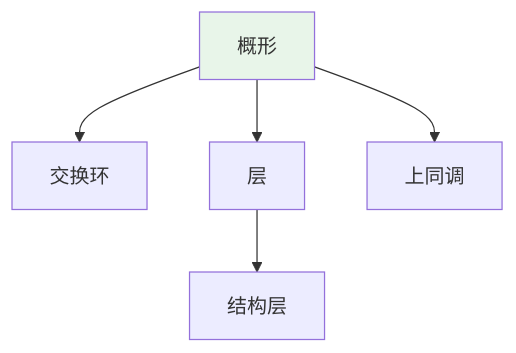
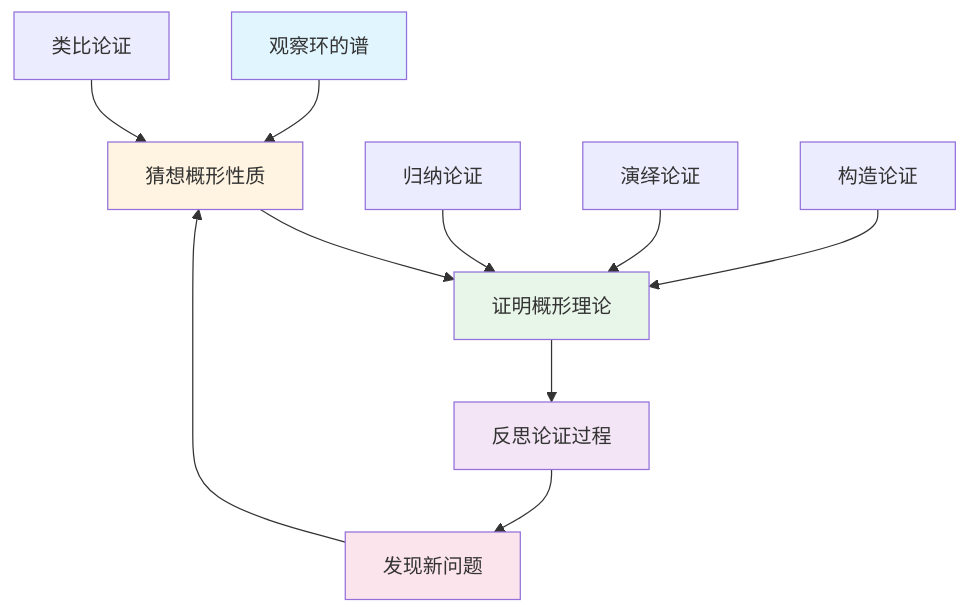
The fifth of 11 diagrams in concept/核心概念/21-概形.md (AdaMartin18010/FormalMath), drawn with Mermaid before and after one commit. The commit also changed other lines of this file and 4793 other files, not shown here.

````diff
--- a/concept/核心概念/21-概形.md
+++ b/concept/核心概念/21-概形.md
@@ -719,9 +1428,19 @@
 ```mermaid
 graph TD
-    A[概形] --> B[交换环]
-    A --> C[层]
-    A --> D[上同调]
-    C --> E[结构层]
+    A[观察环的谱] --> B[猜想概形性质]
+    B --> C[证明概形理论]
+    C --> D[反思论证过程]
+    D --> E[发现新问题]
+    E --> B
 
-    style A fill:#e8f5e9
+    F[归纳论证] --> C
+    G[演绎论证] --> C
+    H[类比论证] --> B
+    I[构造论证] --> C
+
+    style A fill:#e1f5ff
+    style B fill:#fff4e1
+    style C fill:#e8f5e9
+    style D fill:#f3e5f5
+    style E fill:#fce4ec
 ```
````
